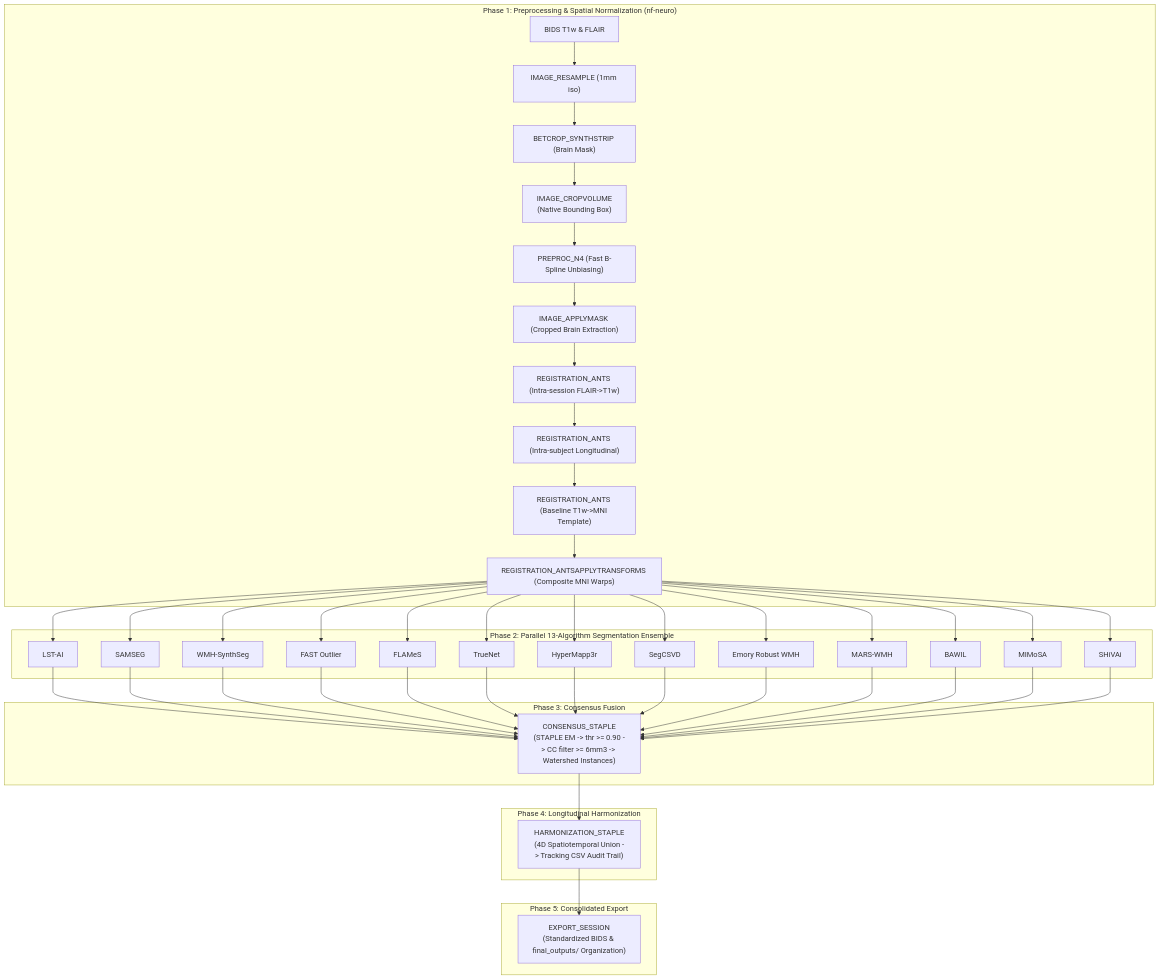
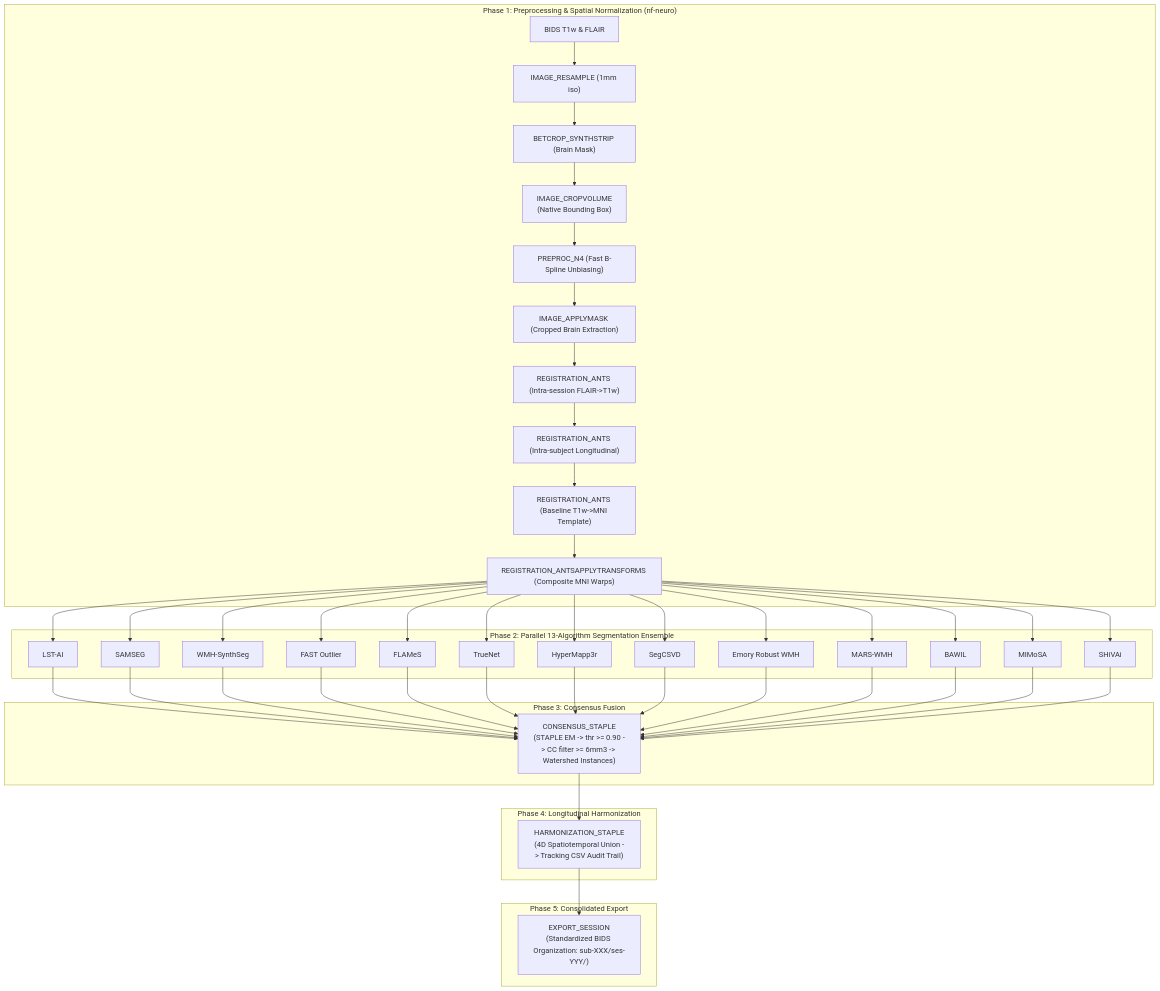
One commit to frheault/sf-lesionflow changed the diagram in README.md. Above: the diagram before and after it, drawn with Mermaid. The commit also changed 19 other files, not shown here.

````diff
--- a/README.md
+++ b/README.md
@@ -23,42 +23,42 @@
 ```mermaid
 flowchart TD
     subgraph Phase1["Phase 1: Preprocessing & Spatial Normalization (nf-neuro)"]
         A["BIDS T1w & FLAIR"] --> B["IMAGE_RESAMPLE (1mm iso)"]
         B --> C["BETCROP_SYNTHSTRIP (Brain Mask)"]
         C --> CR["IMAGE_CROPVOLUME<br>(Native Bounding Box)"]
         CR --> D["PREPROC_N4 (Fast B-Spline Unbiasing)"]
         D --> E["IMAGE_APPLYMASK (Cropped Brain Extraction)"]
         E --> F["REGISTRATION_ANTS (Intra-session FLAIR->T1w)"]
         F --> G["REGISTRATION_ANTS (Intra-subject Longitudinal)"]
         G --> H["REGISTRATION_ANTS (Baseline T1w->MNI Template)"]
         H --> I["REGISTRATION_ANTSAPPLYTRANSFORMS (Composite MNI Warps)"]
     end
 
     subgraph Phase2["Phase 2: Parallel 13-Algorithm Segmentation Ensemble"]
         I --> S1["LST-AI"]
         I --> S2["SAMSEG"]
         I --> S3["WMH-SynthSeg"]
         I --> S4["FAST Outlier"]
         I --> S5["FLAMeS"]
         I --> S6["TrueNet"]
         I --> S7["HyperMapp3r"]
         I --> S8["SegCSVD"]
         I --> S9["Emory Robust WMH"]
         I --> S10["MARS-WMH"]
         I --> S11["BAWIL"]
         I --> S12["MIMoSA"]
         I --> S13["SHiVAi"]
     end
 
     subgraph Phase3["Phase 3: Consensus Fusion"]
         S1 & S2 & S3 & S4 & S5 & S6 & S7 & S8 & S9 & S10 & S11 & S12 & S13 --> CF["CONSENSUS_STAPLE<br>(STAPLE EM -> thr >= 0.90 -> CC filter >= 6mm3 -> Watershed Instances)"]
     end
 
     subgraph Phase4["Phase 4: Longitudinal Harmonization"]
         CF --> LH["HARMONIZATION_STAPLE<br>(4D Spatiotemporal Union -> Tracking CSV Audit Trail)"]
     end
 
     subgraph Phase5["Phase 5: Consolidated Export"]
-        LH --> EXP["EXPORT_SESSION<br>(Standardized BIDS & final_outputs/ Organization)"]
+        LH --> EXP["EXPORT_SESSION<br>(Standardized BIDS Organization: sub-XXX/ses-YYY/)"]
     end
 ```
````
